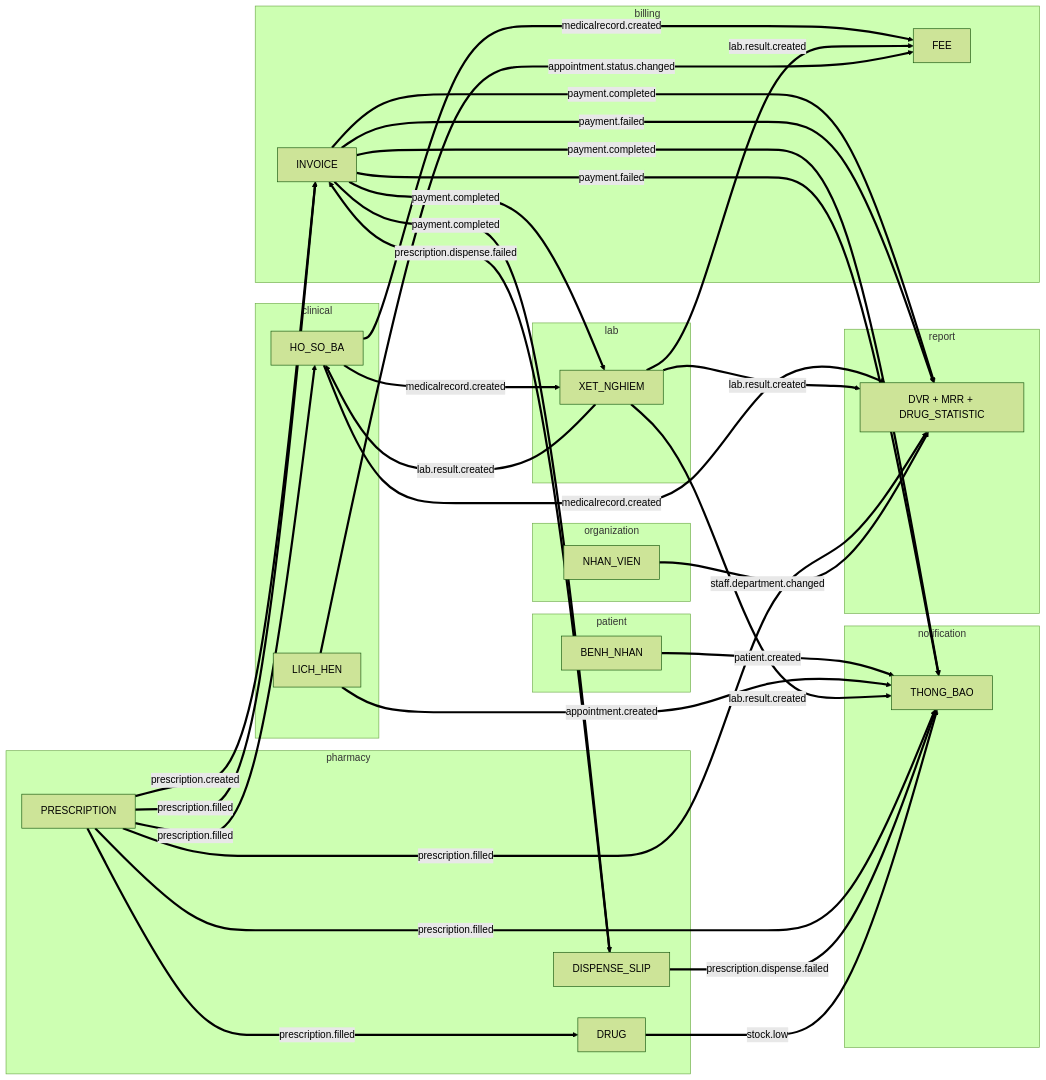
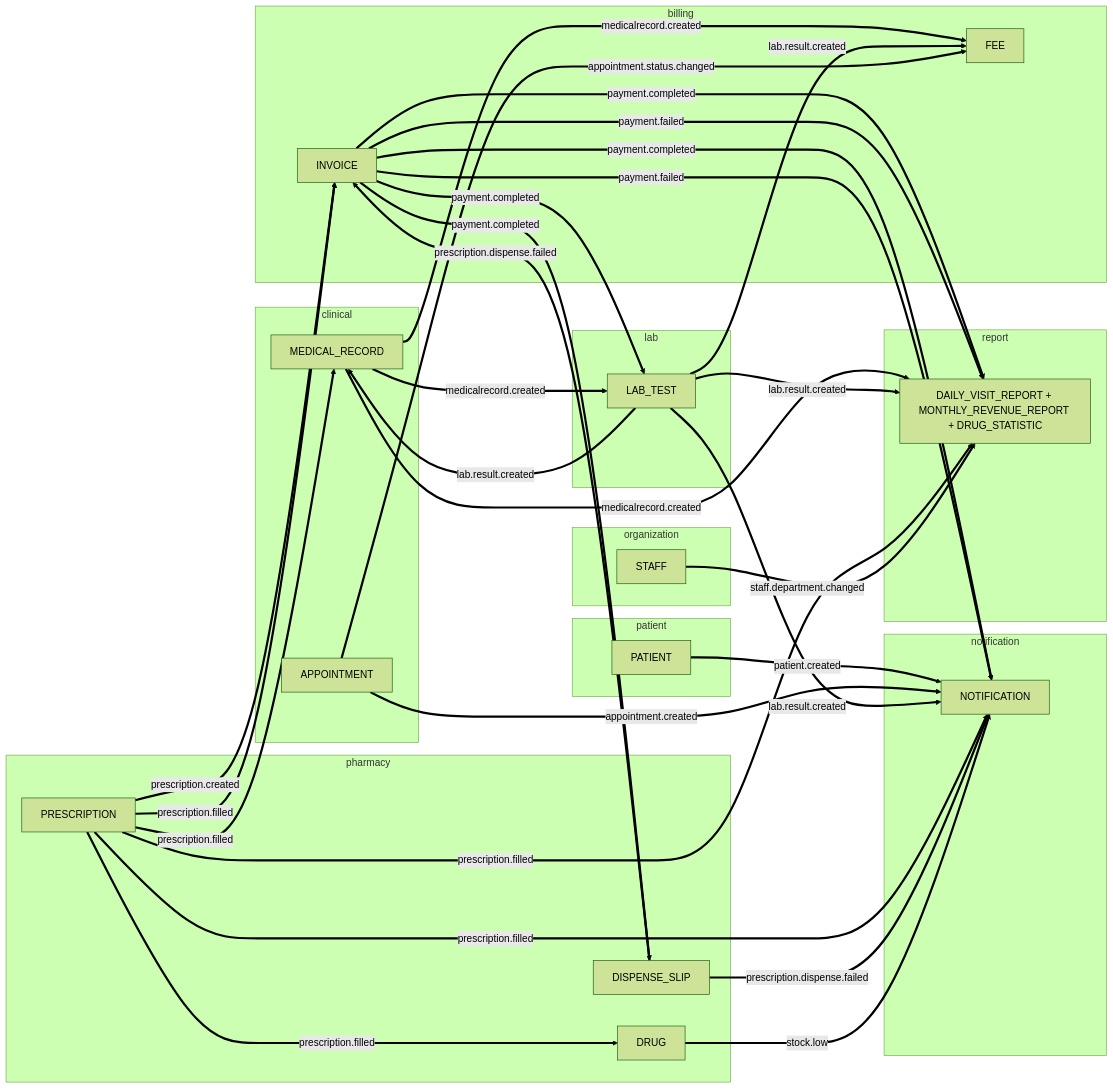
The diagram in docs/eproject_general_plan/erd/diagrams/erd-06-luong-su-kien.mmd (Dangvinh77/MediFlow), drawn with Mermaid (forest theme) before and after one commit. The commit also changed 33 other files, not shown here.

Commit message:
docs(erd): update entity relationship diagrams

```diff
--- a/docs/eproject_general_plan/erd/diagrams/erd-06-luong-su-kien.mmd
+++ b/docs/eproject_general_plan/erd/diagrams/erd-06-luong-su-kien.mmd
@@ -1,42 +1,42 @@
 flowchart LR
     subgraph ORG["organization"]
-        NV["NHAN_VIEN"]
+        STAFF["STAFF"]
     end
     subgraph PAT["patient"]
-        BN["BENH_NHAN"]
+        PATIENT["PATIENT"]
     end
     subgraph CLI["clinical"]
-        HS["HO_SO_BA"]
-        LH["LICH_HEN"]
+        MRECORD["MEDICAL_RECORD"]
+        APPT["APPOINTMENT"]
     end
     subgraph LAB["lab"]
-        XN["XET_NGHIEM"]
+        LTEST["LAB_TEST"]
     end
     subgraph PHA["pharmacy"]
-        PR["PRESCRIPTION"]
-        DS["DISPENSE_SLIP"]
-        DR["DRUG"]
+        RX["PRESCRIPTION"]
+        DSLIP["DISPENSE_SLIP"]
+        DRUG["DRUG"]
     end
     subgraph BIL["billing"]
         INV["INVOICE"]
         FEE["FEE"]
     end
     subgraph NOT["notification"]
-        TB["THONG_BAO"]
+        NOTIF["NOTIFICATION"]
     end
     subgraph REP["report"]
-        R["DVR + MRR + DRUG_STATISTIC"]
+        R["DAILY_VISIT_REPORT + MONTHLY_REVENUE_REPORT + DRUG_STATISTIC"]
     end
 
-    BN ==>|patient.created| TB
-    LH ==>|appointment.created| TB
-    HS ==>|medicalrecord.created| XN & FEE & R
-    XN ==>|lab.result.created| HS & FEE & TB & R
-    PR ==>|prescription.created| INV
-    PR ==>|prescription.filled| HS & INV & TB & R & DR
-    DS ==>|prescription.dispense.failed| INV & TB
-    INV ==>|payment.completed| DS & XN & TB & R
-    INV ==>|payment.failed| TB & R
-    LH ==>|appointment.status.changed| FEE
-    NV ==>|staff.department.changed| R
-    DR ==>|stock.low| TB
+    PATIENT ==>|patient.created| NOTIF
+    APPT ==>|appointment.created| NOTIF
+    MRECORD ==>|medicalrecord.created| LTEST & FEE & R
+    LTEST ==>|lab.result.created| MRECORD & FEE & NOTIF & R
+    RX ==>|prescription.created| INV
+    RX ==>|prescription.filled| MRECORD & INV & NOTIF & R & DRUG
+    DSLIP ==>|prescription.dispense.failed| INV & NOTIF
+    INV ==>|payment.completed| DSLIP & LTEST & NOTIF & R
+    INV ==>|payment.failed| NOTIF & R
+    APPT ==>|appointment.status.changed| FEE
+    STAFF ==>|staff.department.changed| R
+    DRUG ==>|stock.low| NOTIF
```
